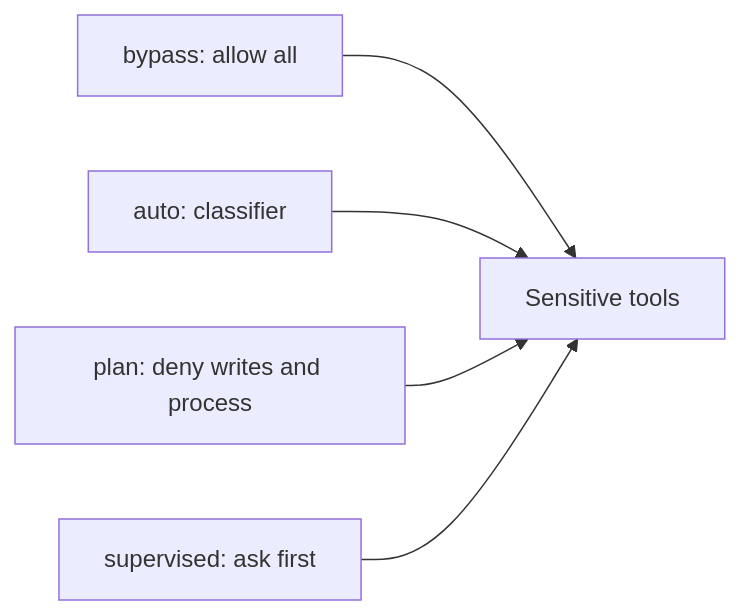
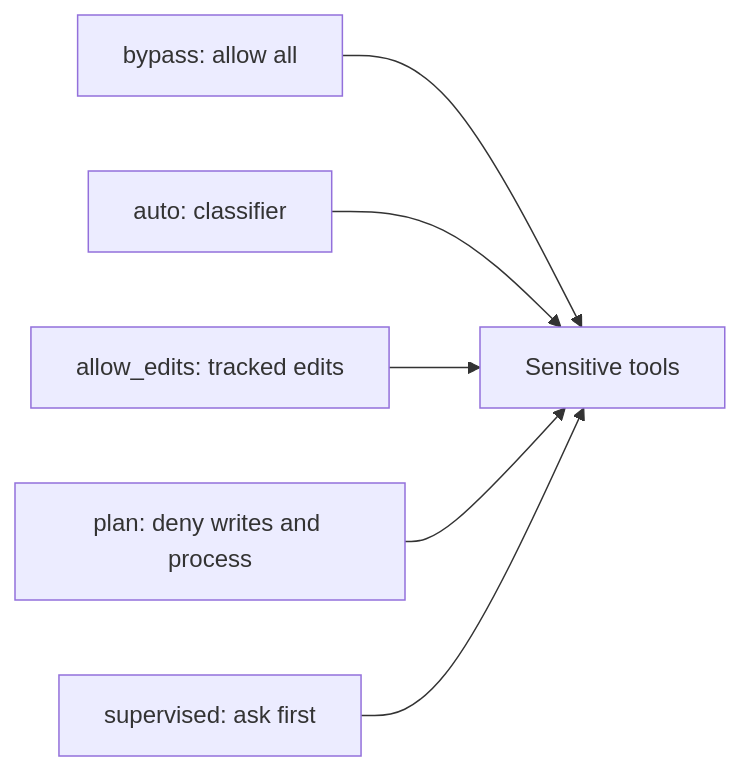
The second of 2 diagrams in docs/configuration.md (matthewyjiang/rho), drawn with Mermaid before and after one commit. The commit also changed other lines of this file and 28 other files, not shown here.

First line of the commit message:
feat(permission): let Auto skip review of tracked workspace edits (#892)

````diff
--- a/docs/configuration.md
+++ b/docs/configuration.md
@@ -67,7 +67,8 @@
 ```mermaid
 flowchart LR
     bypass[bypass: allow all] --> tools[Sensitive tools]
     auto[auto: classifier] --> tools
+    allowEdits[allow_edits: tracked edits] --> tools
     plan[plan: deny writes and process] --> tools
     supervised[supervised: ask first] --> tools
 ```
````
